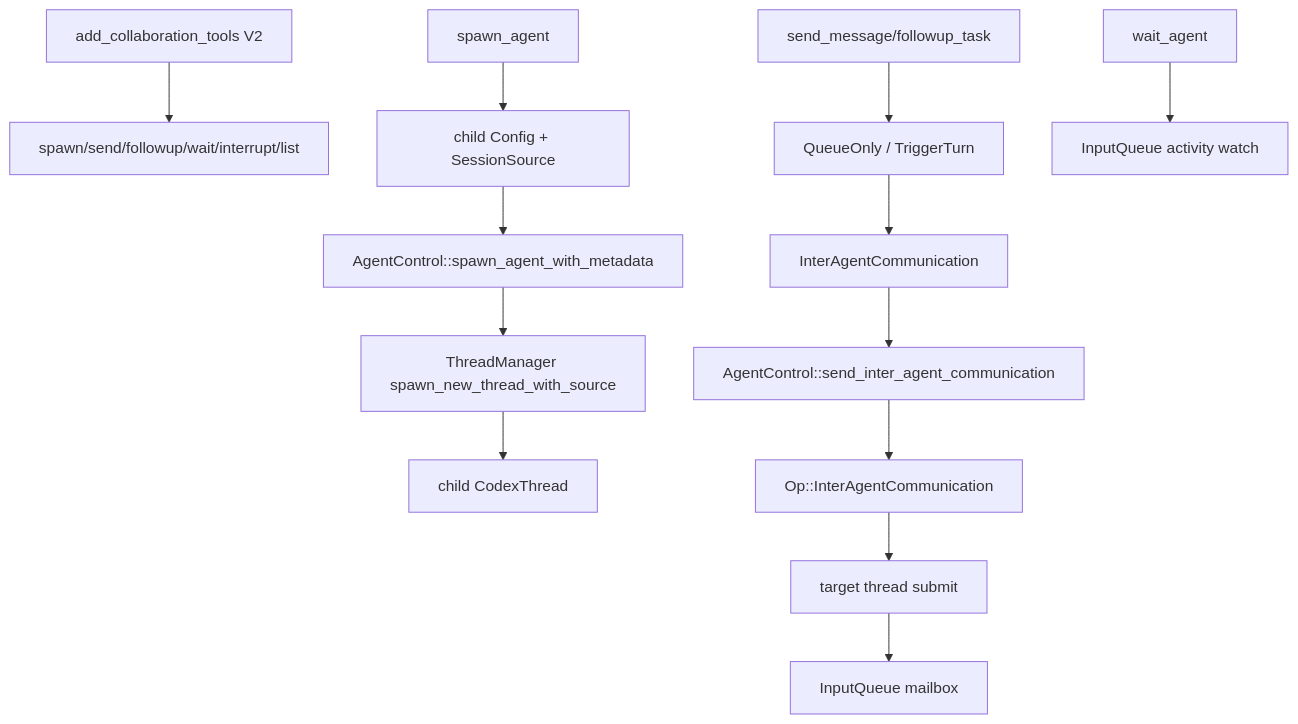
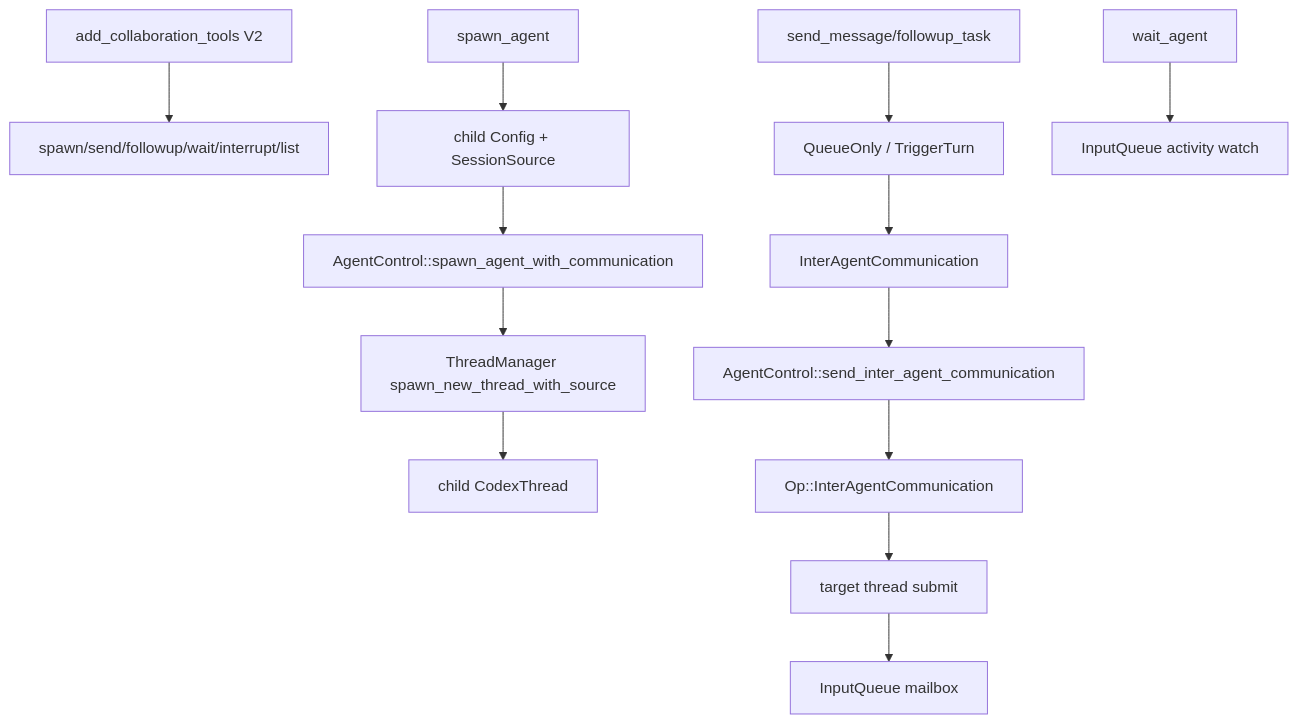
The diagram in docs/llm-wiki/codex/spine/trace-subagent.md (wdnmdtonyma/SOTA-Agent-LLM-Wiki), drawn with Mermaid before and after one commit. The commit also changed other lines of this file and 183 other files, not shown here.

````diff
--- a/docs/llm-wiki/codex/spine/trace-subagent.md
+++ b/docs/llm-wiki/codex/spine/trace-subagent.md
@@ -24,15 +24,15 @@
 ```mermaid
 flowchart TD
     SPEC["add_collaboration_tools V2"] --> TOOLS["spawn/send/followup/wait/interrupt/list"]
     SPAWN["spawn_agent"] --> CONFIG["child Config + SessionSource"]
-    CONFIG --> CONTROL["AgentControl::spawn_agent_with_metadata"]
+    CONFIG --> CONTROL["AgentControl::spawn_agent_with_communication"]
     CONTROL --> THREAD["ThreadManager spawn_new_thread_with_source"]
     THREAD --> CHILD["child CodexThread"]
     MSG["send_message/followup_task"] --> MODE["QueueOnly / TriggerTurn"]
     MODE --> IAC["InterAgentCommunication"]
     IAC --> SEND["AgentControl::send_inter_agent_communication"]
     SEND --> OP["Op::InterAgentCommunication"]
     OP --> TARGET["target thread submit"]
     TARGET --> QUEUE["InputQueue mailbox"]
     WAIT["wait_agent"] --> ACTIVITY["InputQueue activity watch"]
 ```
````
